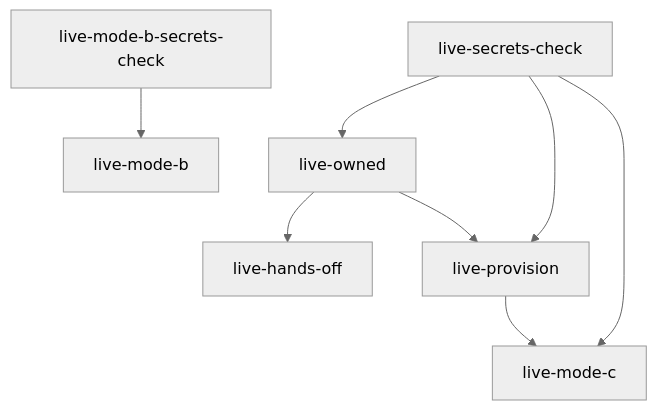
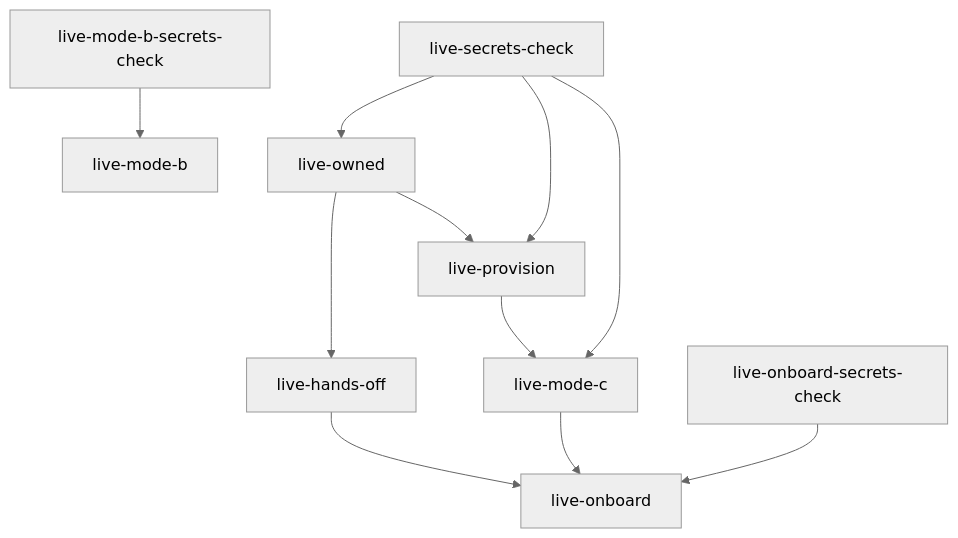
Before and after one commit to forestrie/mandate: the diagram in docs/service-secrets.md, drawn with Mermaid (neutral theme). The commit also changed other lines of this file and 10 other files, not shown here.

````diff
--- a/docs/service-secrets.md
+++ b/docs/service-secrets.md
@@ -311,17 +311,22 @@
 ```mermaid
 flowchart TD
   preflight[live-secrets-check]
   modeBPreflight[live-mode-b-secrets-check]
   owned[live-owned]
   handsOff[live-hands-off]
   provision[live-provision]
   modeC[live-mode-c]
   modeB[live-mode-b]
+  onboardPreflight[live-onboard-secrets-check]
+  onboard[live-onboard]
   preflight --> owned
   preflight --> provision
   owned --> handsOff
   owned --> provision
   preflight --> modeC
   modeBPreflight --> modeB
   provision --> modeC
+  onboardPreflight --> onboard
+  handsOff --> onboard
+  modeC --> onboard
 ```
````
